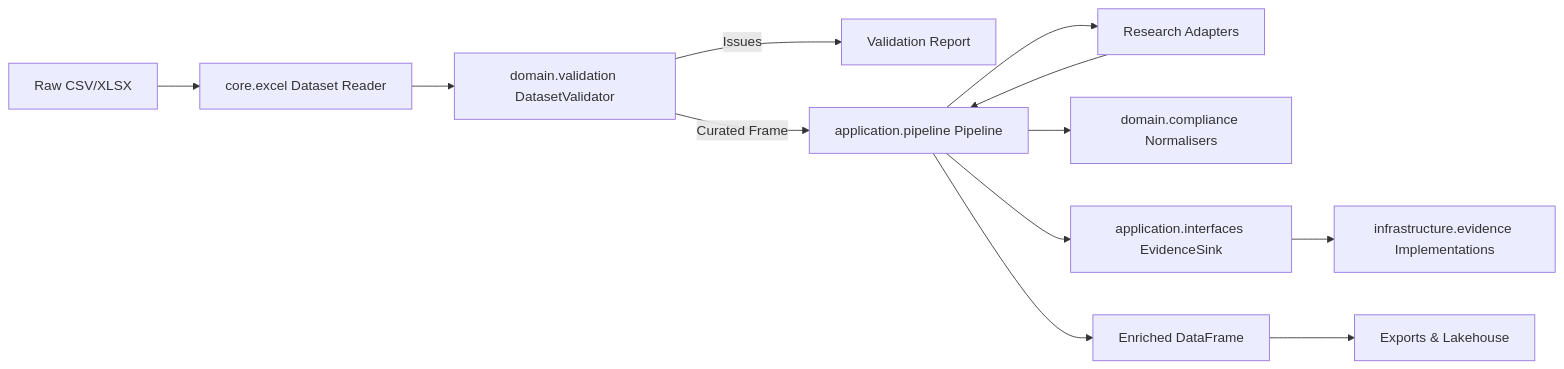
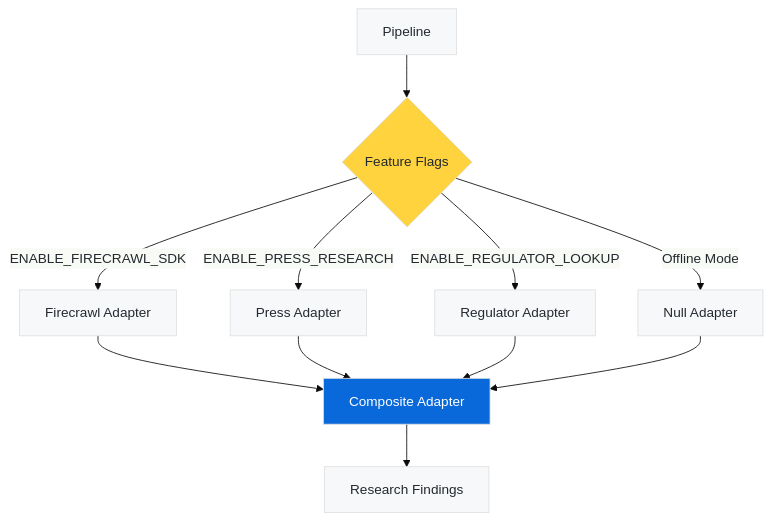
The fifth of 9 diagrams in docs-starlight/src/content/docs/architecture.md (IAmJonoBo/watercrawl), drawn with Mermaid before and after one commit. The commit also changed other lines of this file and 13 other files, not shown here.

First line of the commit message:
Complete documentation overhaul with Diátaxis framework, comprehensive Mermaid diagrams, and modern styling (#164)

````diff
--- a/docs-starlight/src/content/docs/architecture.md
+++ b/docs-starlight/src/content/docs/architecture.md
@@ -24,14 +189,19 @@
 ```mermaid
-flowchart LR
-    A[Raw CSV/XLSX] --> B[core.excel Dataset Reader]
-    B --> C[domain.validation DatasetValidator]
-    C -->|Issues| D[Validation Report]
-    C -->|Curated Frame| E[application.pipeline Pipeline]
-    E --> F[Research Adapters]
-    F --> E
-    E --> G[domain.compliance Normalisers]
-    E --> H[application.interfaces EvidenceSink]
-    H --> I[infrastructure.evidence Implementations]
-    E --> J[Enriched DataFrame]
-    J --> K[Exports & Lakehouse]
+%%{init: {'theme':'base', 'themeVariables': { 'primaryColor':'#f6f8fa','primaryTextColor':'#24292f'}}}%%
+graph TD
+    A[Pipeline] --> B{Feature Flags}
+    B -->|ENABLE_FIRECRAWL_SDK| C[Firecrawl Adapter]
+    B -->|ENABLE_PRESS_RESEARCH| D[Press Adapter]
+    B -->|ENABLE_REGULATOR_LOOKUP| E[Regulator Adapter]
+    B -->|Offline Mode| F[Null Adapter]
+    
+    C --> G[Composite Adapter]
+    D --> G
+    E --> G
+    F --> G
+    
+    G --> H[Research Findings]
+    
+    style B fill:#ffd33d
+    style G fill:#0969da,color:#fff
 ```
````
